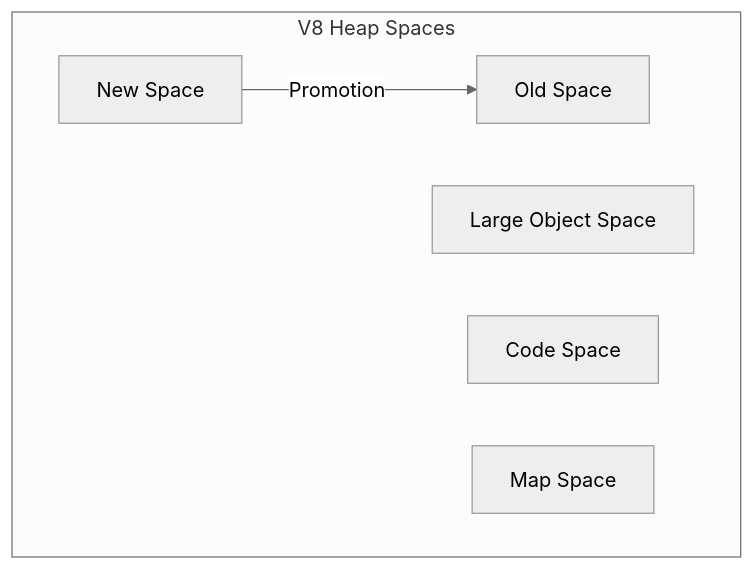
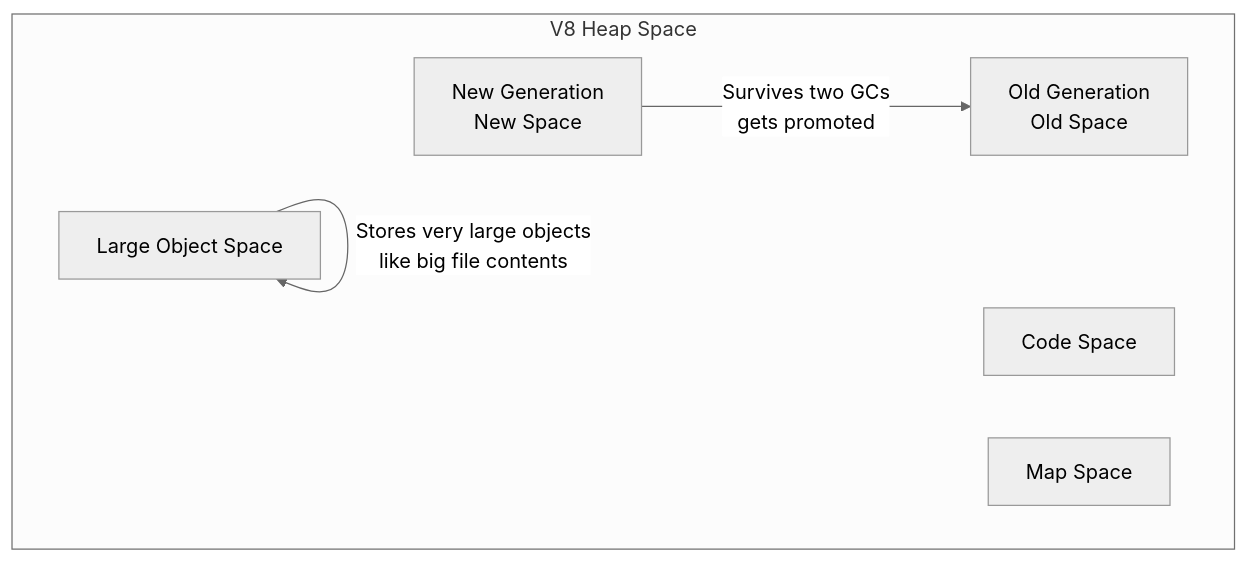
The first of 4 diagrams in articles/en/nodejs-memory-leak-mastery.mdx (zhangshichuan/maxzhang.site), drawn with Mermaid (neutral theme) before and after one commit. The commit also changed other lines of this file and 1 other file, not shown here.

````diff
--- a/articles/en/nodejs-memory-leak-mastery.mdx
+++ b/articles/en/nodejs-memory-leak-mastery.mdx
@@ -21,11 +75,12 @@
 ```mermaid
 flowchart TD
-    subgraph "V8 Heap Spaces"
-        N[New Space]
-        O[Old Space]
+    subgraph "V8 Heap Space"
+        N[New Generation<br/>New Space]
+        O[Old Generation<br/>Old Space]
         L[Large Object Space]
         C[Code Space]
         M[Map Space]
     end
-    N -->|Promotion| O
+    N -->|Survives two GCs<br/>gets promoted| O
+    L -->|Stores very large objects<br/>like big file contents| L
 ```
````
